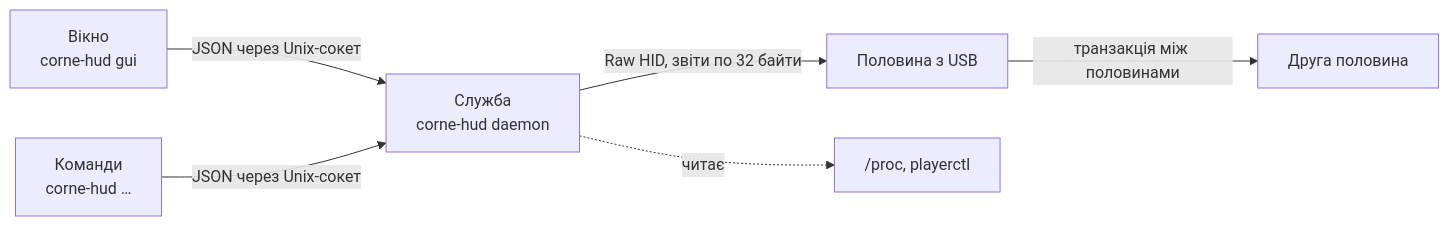
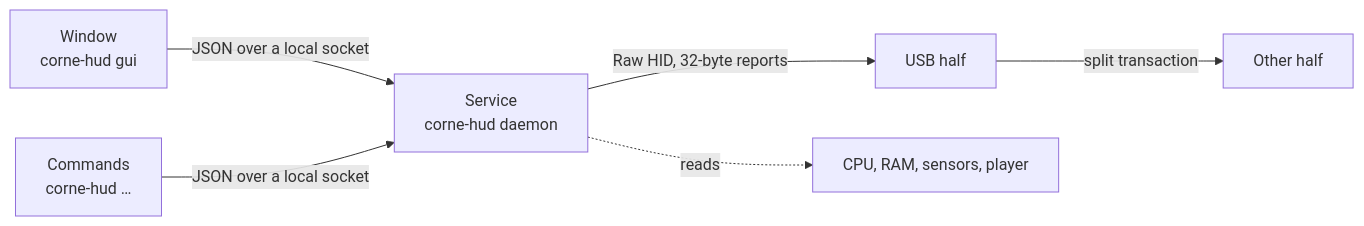
One commit to OlexiyOdarchuk/corne-hud changed the diagram in README.md. Above: the diagram before and after it, drawn with Mermaid. The commit also changed other lines of this file and 48 other files, not shown here.

````diff
--- a/README.md
+++ b/README.md
@@ -108,8 +137,8 @@
 ```mermaid
 flowchart LR
-    GUI["Вікно<br/>corne-hud gui"] -- JSON через Unix-сокет --> D
-    CLI["Команди<br/>corne-hud …"] -- JSON через Unix-сокет --> D
-    D["Служба<br/>corne-hud daemon"] -- "Raw HID, звіти по 32 байти" --> M["Половина з USB"]
-    M -- "транзакція між половинами" --> S["Друга половина"]
-    D -. "читає" .-> P["/proc, playerctl"]
+    GUI["Window<br/>corne-hud gui"] -- JSON over a local socket --> D
+    CLI["Commands<br/>corne-hud …"] -- JSON over a local socket --> D
+    D["Service<br/>corne-hud daemon"] -- "Raw HID, 32-byte reports" --> M["USB half"]
+    M -- "split transaction" --> S["Other half"]
+    D -. "reads" .-> P["CPU, RAM, sensors, player"]
 ```
````
